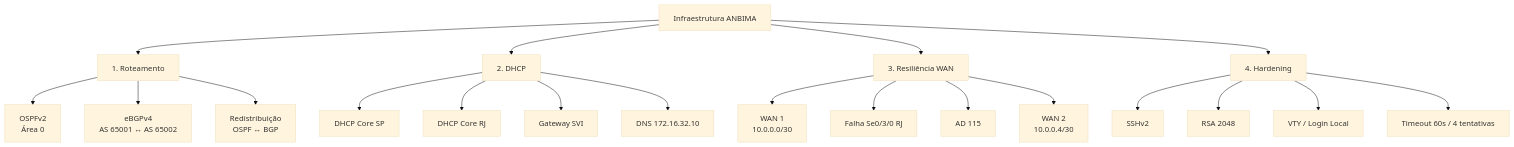
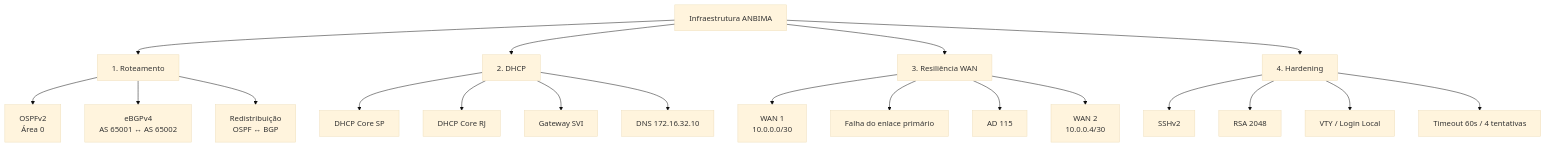
Before and after one commit to muricarlucci/network-segmentation-packet-tracer: the diagram in configs/command-reference/verification-playbook.md, drawn with Mermaid (base theme). The commit also changed other lines of this file, not shown here.

````diff
--- a/configs/command-reference/verification-playbook.md
+++ b/configs/command-reference/verification-playbook.md
@@ -18,26 +18,26 @@
 ```mermaid
 flowchart TD
     A["Infraestrutura ANBIMA"] --> B["1. Roteamento"]
     A --> C["2. DHCP"]
     A --> D["3. Resiliência WAN"]
     A --> E["4. Hardening"]
 
     B --> B1["OSPFv2<br/>Área 0"]
     B --> B2["eBGPv4<br/>AS 65001 ↔ AS 65002"]
     B --> B3["Redistribuição<br/>OSPF ↔ BGP"]
 
     C --> C1["DHCP Core SP"]
     C --> C2["DHCP Core RJ"]
     C --> C3["Gateway SVI"]
     C --> C4["DNS 172.16.32.10"]
 
     D --> D1["WAN 1<br/>10.0.0.0/30"]
-    D --> D2["Falha Se0/3/0 RJ"]
+    D --> D2["Falha do enlace primário"]
     D --> D3["AD 115"]
     D --> D4["WAN 2<br/>10.0.0.4/30"]
 
     E --> E1["SSHv2"]
     E --> E2["RSA 2048"]
     E --> E3["VTY / Login Local"]
     E --> E4["Timeout 60s / 4 tentativas"]
 ```
````
